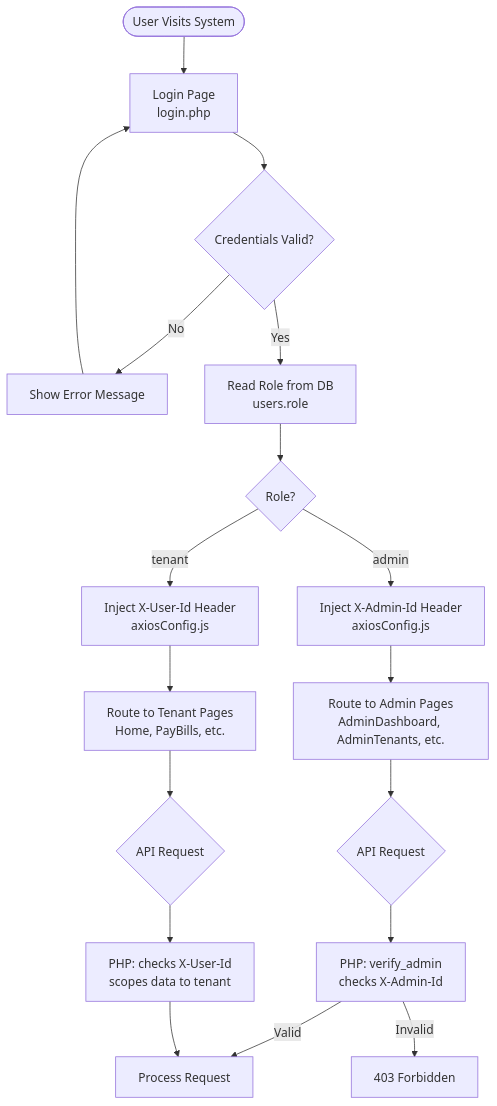
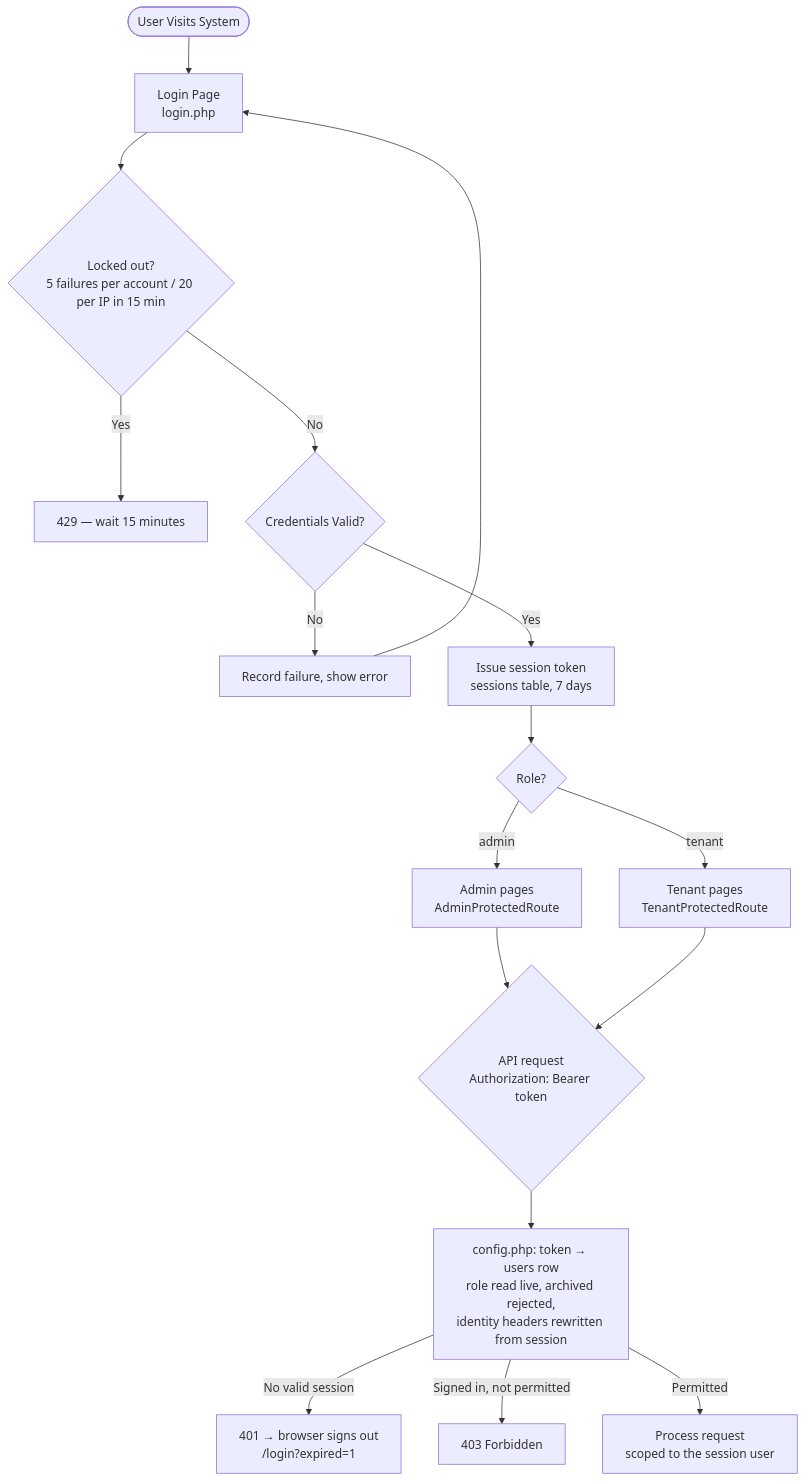
One commit to Keonbe/ApartmentManagementSystem_React changed diagram 11 of 11 in docs/features/panelist_feature_checklist.md. Above: the diagram before and after it, drawn with Mermaid. The commit also changed other lines of this file and 44 other files, not shown here.

````diff
--- a/docs/features/panelist_feature_checklist.md
+++ b/docs/features/panelist_feature_checklist.md
@@ -322,20 +322,19 @@
 ```mermaid
 flowchart TD
     A(["User Visits System"]) --> B["Login Page<br/>login.php"]
-    B --> C{"Credentials Valid?"}
-    C -->|No| D["Show Error Message"]
+    B --> T{"Locked out?<br/>5 failures per account / 20 per IP in 15 min"}
+    T -->|Yes| U["429 — wait 15 minutes"]
+    T -->|No| C{"Credentials Valid?"}
+    C -->|No| D["Record failure, show error"]
     D --> B
-    C -->|Yes| E["Read Role from DB<br/>users.role"]
+    C -->|Yes| E["Issue session token<br/>sessions table, 7 days"]
     E --> F{"Role?"}
-    F -->|admin| G["Inject X-Admin-Id Header<br/>axiosConfig.js"]
-    F -->|tenant| H["Inject X-User-Id Header<br/>axiosConfig.js"]
-    G --> I["Route to Admin Pages<br/>AdminDashboard, AdminTenants, etc."]
-    H --> J["Route to Tenant Pages<br/>Home, PayBills, etc."]
-    I --> K{"API Request"}
-    K --> L["PHP: verify_admin<br/>checks X-Admin-Id"]
-    L -->|Valid| M["Process Request"]
-    L -->|Invalid| N["403 Forbidden"]
-    J --> O{"API Request"}
-    O --> P["PHP: checks X-User-Id<br/>scopes data to tenant"]
-    P --> M
+    F -->|admin| I["Admin pages<br/>AdminProtectedRoute"]
+    F -->|tenant| J["Tenant pages<br/>TenantProtectedRoute"]
+    I --> K{"API request<br/>Authorization: Bearer token"}
+    J --> K
+    K --> L["config.php: token → users row<br/>role read live, archived rejected,<br/>identity headers rewritten from session"]
+    L -->|No valid session| O["401 → browser signs out<br/>/login?expired=1"]
+    L -->|Signed in, not permitted| N["403 Forbidden"]
+    L -->|Permitted| M["Process request<br/>scoped to the session user"]
 ```
````
